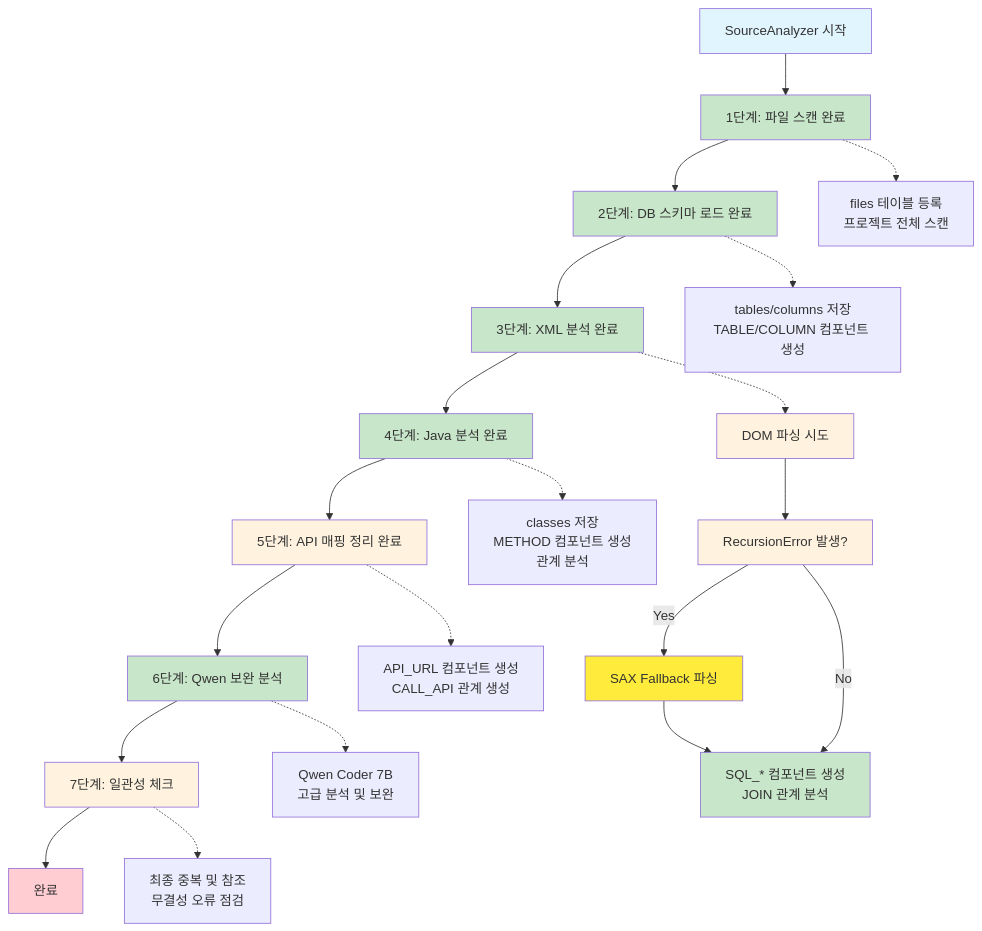
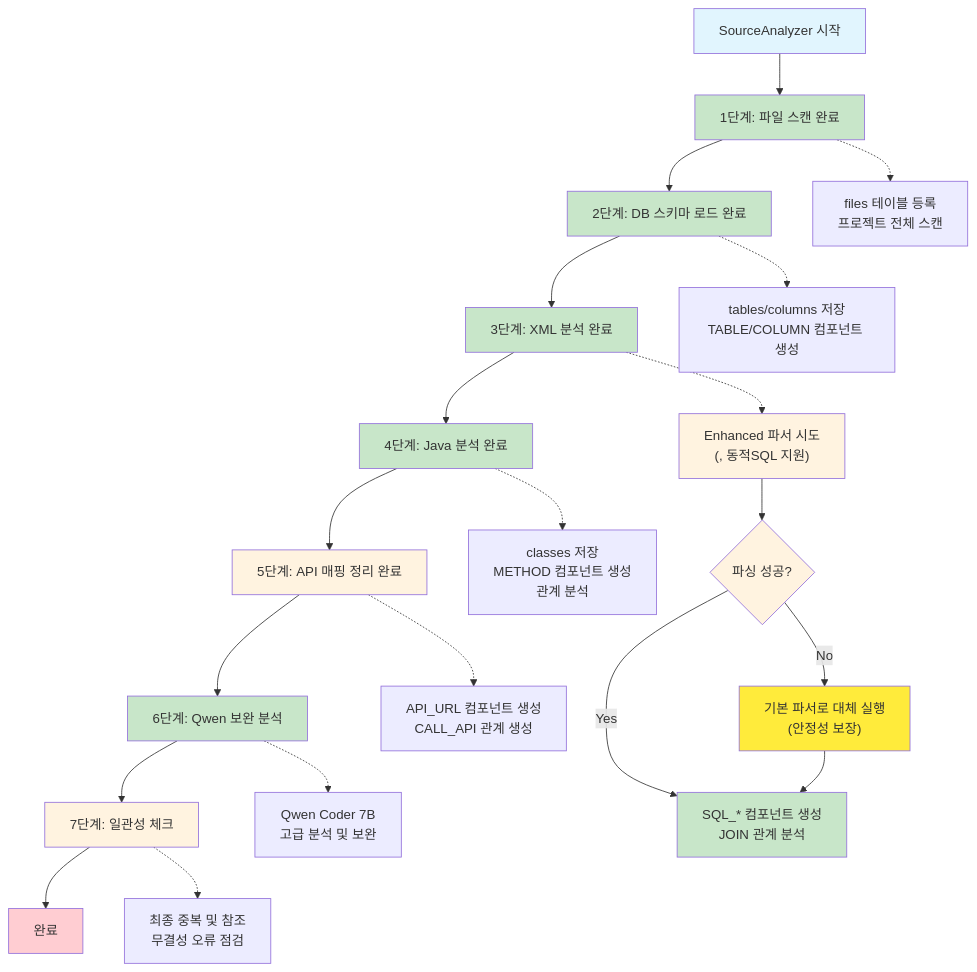
One commit to kumtaek/CreateMetaDb changed the diagram in docs/03_처리_플로우_개요.md. Above: the diagram before and after it, drawn with Mermaid. The commit also changed other lines of this file and 44 other files, not shown here.

````diff
--- a/docs/03_처리_플로우_개요.md
+++ b/docs/03_처리_플로우_개요.md
@@ -15,38 +15,38 @@
 ```mermaid
 flowchart TD
     A[SourceAnalyzer 시작] --> B[1단계: 파일 스캔 완료]
     B --> C[2단계: DB 스키마 로드 완료]
     C --> D[3단계: XML 분석 완료]
     D --> E[4단계: Java 분석 완료]
     E --> F[5단계: API 매핑 정리 완료]
     F --> G[6단계: Qwen 보완 분석]
     G --> H[7단계: 일관성 체크]
     H --> I[완료]
     
     B -.-> B1[files 테이블 등록\n프로젝트 전체 스캔]
     C -.-> C1[tables/columns 저장\nTABLE/COLUMN 컴포넌트 생성]
-    D -.-> D1["DOM 파싱 시도"]
-    D1 --> D2["RecursionError 발생?"]
-    D2 -->|Yes| D3["SAX Fallback 파싱"]
-    D2 -->|No| D4[SQL_* 컴포넌트 생성\nJOIN 관계 분석]
+    D -.-> D1["Enhanced 파서 시도<br/>(<include>, 동적SQL 지원)"]
+    D1 --> D2{"파싱 성공?"}
+    D2 -- Yes --> D4[SQL_* 컴포넌트 생성<br/>JOIN 관계 분석]
+    D2 -- No --> D3["기본 파서로 대체 실행<br/>(안정성 보장)"]
     D3 --> D4
     E -.-> E1[classes 저장\nMETHOD 컴포넌트 생성\n관계 분석]
     F -.-> F1[API_URL 컴포넌트 생성\nCALL_API 관계 생성]
     G -.-> G1[Qwen Coder 7B\n고급 분석 및 보완]
     H -.-> H1[최종 중복 및 참조\n무결성 오류 점검]
     
     style A fill:#e1f5fe
     style I fill:#c8e6c9
     style B fill:#c8e6c9
     style C fill:#c8e6c9
     style D fill:#c8e6c9
     style D1 fill:#fff3e0
     style D2 fill:#fff3e0
     style D3 fill:#ffeb3b
     style D4 fill:#c8e6c9
     style E fill:#c8e6c9
     style F fill:#fff3e0
     style G fill:#c8e6c9
     style H fill:#fff3e0
     style I fill:#ffcdd2
 ```
````
